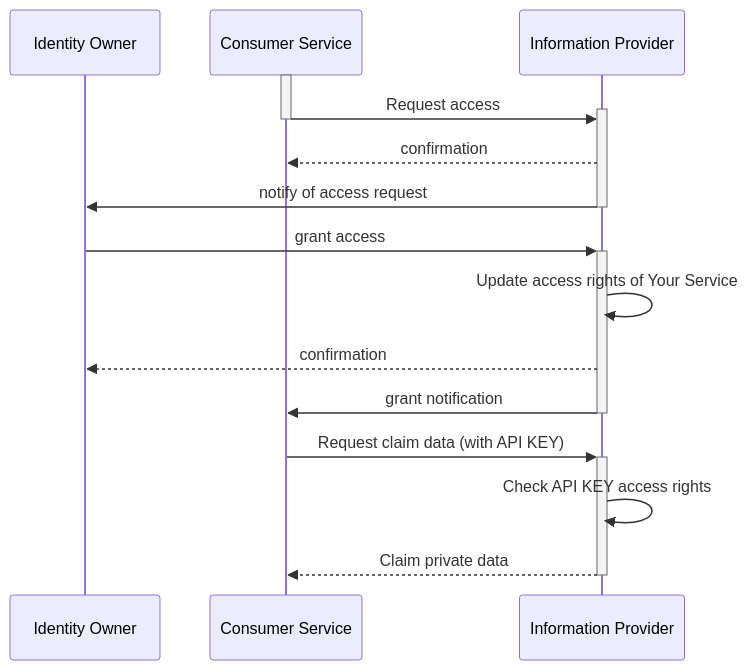
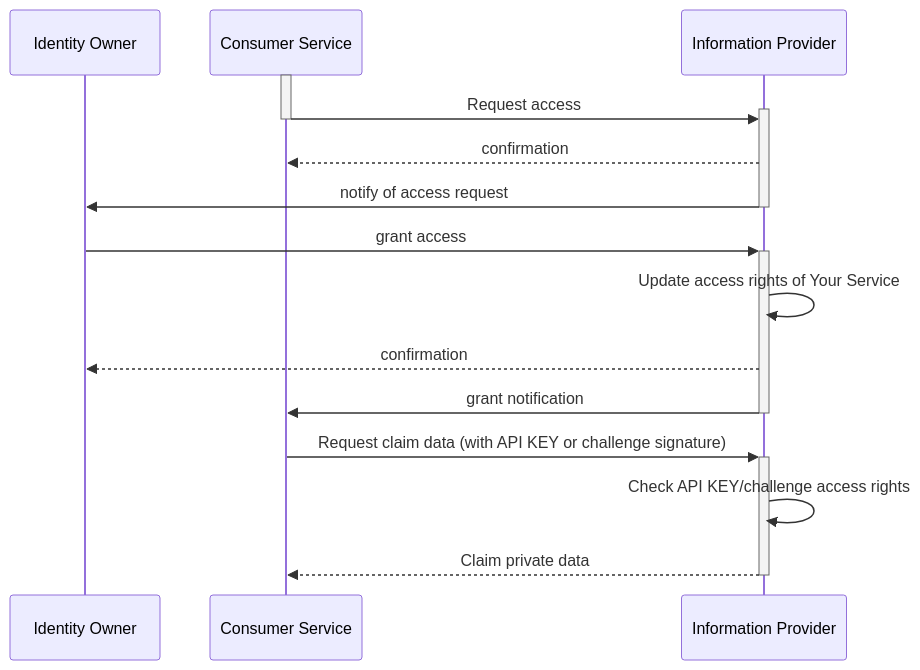
The third of 3 diagrams in docs/identities/grants.md (onchain-id/documentation), drawn with Mermaid before and after one commit. The commit also changed other lines of this file and 30 other files, not shown here.

````diff
--- a/docs/identities/grants.md
+++ b/docs/identities/grants.md
@@ -104,22 +109,22 @@
 ```mermaid
 sequenceDiagram
     participant I as Identity Owner
     participant S as Consumer Service
     participant IP as Information Provider
 
     activate S
     S->>+IP: Request access
     deactivate S
     IP-->>S: confirmation
     
     IP->>-I: notify of access request
 
     I->>+IP: grant access
     IP->>IP: Update access rights of Your Service
     IP-->>I: confirmation
     IP->>-S: grant notification
 
-    S->>+IP: Request claim data (with API KEY)
-    IP->>IP: Check API KEY access rights
+    S->>+IP: Request claim data (with API KEY or challenge signature)
+    IP->>IP: Check API KEY/challenge access rights
     IP-->>-S: Claim private data
 ```
````
